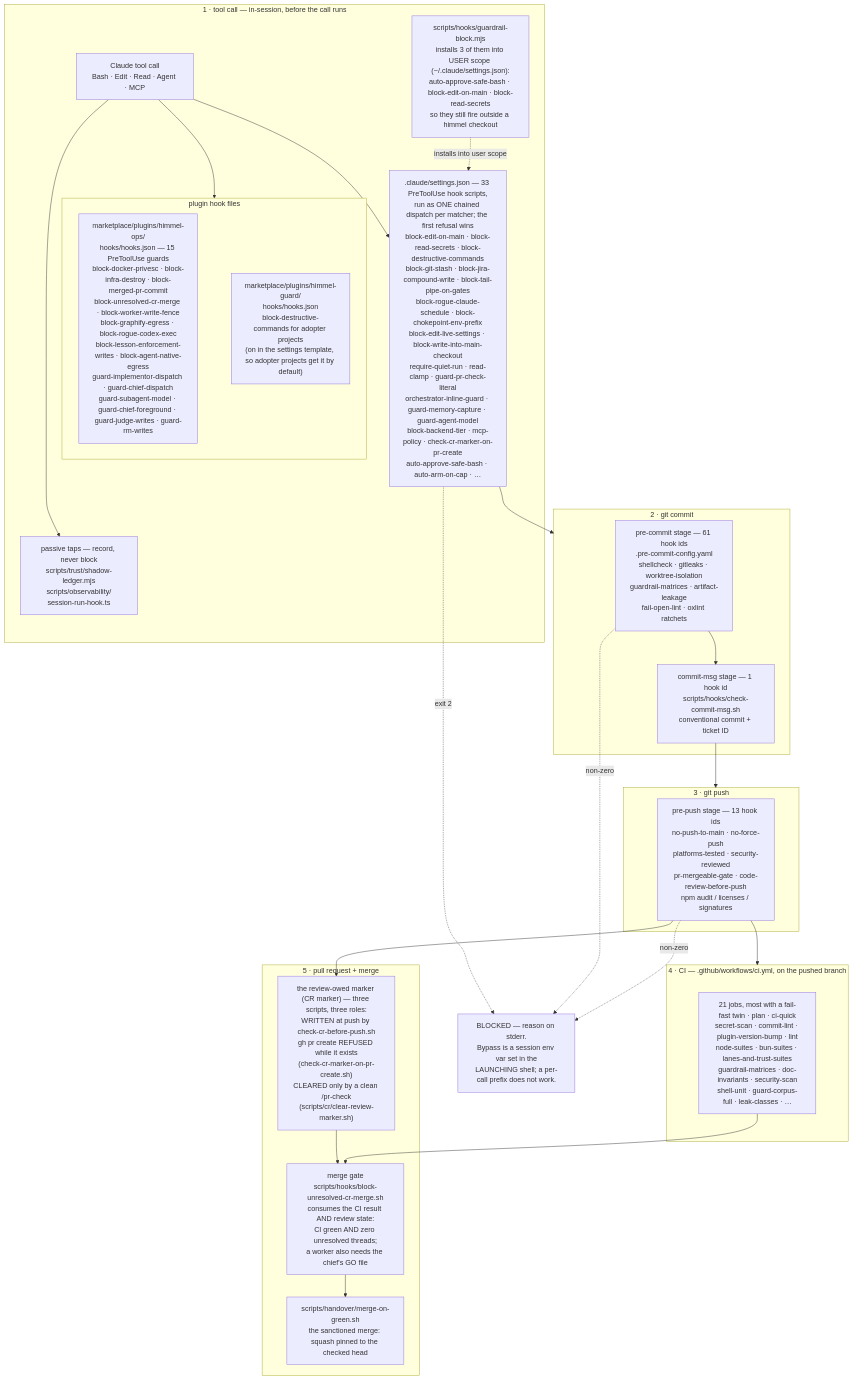
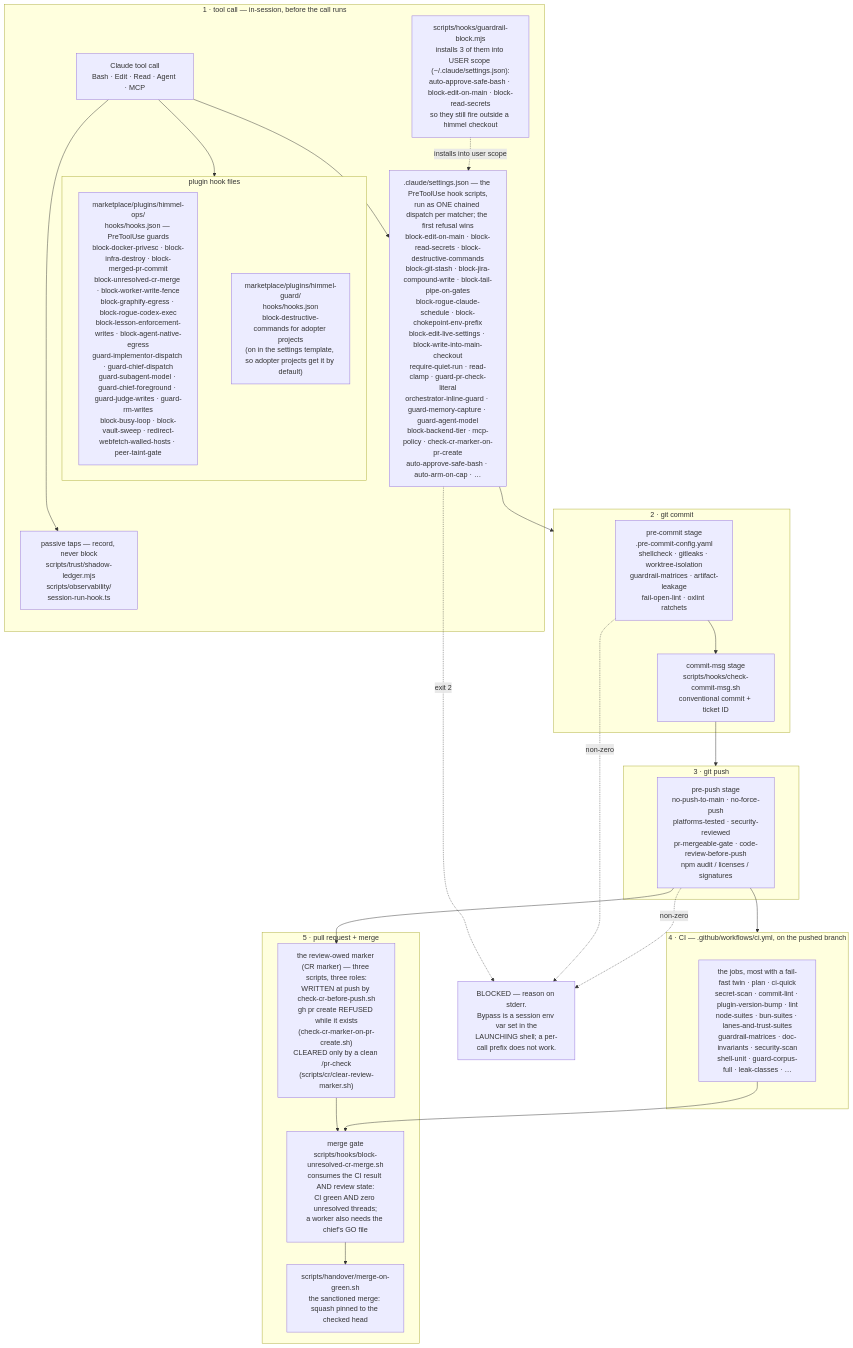
The first of 5 diagrams in docs/architecture.md (yotamleo-org/Himmel), drawn with Mermaid before and after one commit. The commit also changed other lines of this file and 33 other files, not shown here.

````diff
--- a/docs/architecture.md
+++ b/docs/architecture.md
@@ -46,51 +46,51 @@
 ```mermaid
 flowchart TD
     subgraph S1["1 · tool call — in-session, before the call runs"]
         TC["Claude tool call<br/>Bash · Edit · Read · Agent · MCP"]
-        H1[".claude/settings.json — 33 PreToolUse hook scripts,<br/>run as ONE chained dispatch per matcher; the first refusal wins<br/>block-edit-on-main · block-read-secrets · block-destructive-commands<br/>block-git-stash · block-jira-compound-write · block-tail-pipe-on-gates<br/>block-rogue-claude-schedule · block-chokepoint-env-prefix<br/>block-edit-live-settings · block-write-into-main-checkout<br/>require-quiet-run · read-clamp · guard-pr-check-literal<br/>orchestrator-inline-guard · guard-memory-capture · guard-agent-model<br/>block-backend-tier · mcp-policy · check-cr-marker-on-pr-create<br/>auto-approve-safe-bash · auto-arm-on-cap · …"]
+        H1[".claude/settings.json — the PreToolUse hook scripts,<br/>run as ONE chained dispatch per matcher; the first refusal wins<br/>block-edit-on-main · block-read-secrets · block-destructive-commands<br/>block-git-stash · block-jira-compound-write · block-tail-pipe-on-gates<br/>block-rogue-claude-schedule · block-chokepoint-env-prefix<br/>block-edit-live-settings · block-write-into-main-checkout<br/>require-quiet-run · read-clamp · guard-pr-check-literal<br/>orchestrator-inline-guard · guard-memory-capture · guard-agent-model<br/>block-backend-tier · mcp-policy · check-cr-marker-on-pr-create<br/>auto-approve-safe-bash · auto-arm-on-cap · …"]
         subgraph PLUG["plugin hook files"]
-            H2["marketplace/plugins/himmel-ops/<br/>hooks/hooks.json — 15 PreToolUse guards<br/>block-docker-privesc · block-infra-destroy · block-merged-pr-commit<br/>block-unresolved-cr-merge · block-worker-write-fence<br/>block-graphify-egress · block-rogue-codex-exec<br/>block-lesson-enforcement-writes · block-agent-native-egress<br/>guard-implementor-dispatch · guard-chief-dispatch<br/>guard-subagent-model · guard-chief-foreground · guard-judge-writes · guard-rm-writes"]
+            H2["marketplace/plugins/himmel-ops/<br/>hooks/hooks.json — PreToolUse guards<br/>block-docker-privesc · block-infra-destroy · block-merged-pr-commit<br/>block-unresolved-cr-merge · block-worker-write-fence<br/>block-graphify-egress · block-rogue-codex-exec<br/>block-lesson-enforcement-writes · block-agent-native-egress<br/>guard-implementor-dispatch · guard-chief-dispatch<br/>guard-subagent-model · guard-chief-foreground · guard-judge-writes · guard-rm-writes<br/>block-busy-loop · block-vault-sweep · redirect-webfetch-walled-hosts · peer-taint-gate"]
             HG["marketplace/plugins/himmel-guard/<br/>hooks/hooks.json<br/>block-destructive-commands for adopter projects<br/>(on in the settings template, so adopter projects get it by default)"]
             H2 ~~~ HG
         end
         H3["scripts/hooks/guardrail-block.mjs<br/>installs 3 of them into USER scope (~/.claude/settings.json):<br/>auto-approve-safe-bash · block-edit-on-main · block-read-secrets<br/>so they still fire outside a himmel checkout"]
         H4["passive taps — record, never block<br/>scripts/trust/shadow-ledger.mjs<br/>scripts/observability/<br/>session-run-hook.ts"]
         TC --> H1
         TC --> PLUG
         TC --> H4
         PLUG ~~~ H4
         H3 -.->|"installs into user scope"| H1
     end
 
     subgraph S2["2 · git commit"]
-        PC["pre-commit stage — 61 hook ids<br/>.pre-commit-config.yaml<br/>shellcheck · gitleaks · worktree-isolation<br/>guardrail-matrices · artifact-leakage<br/>fail-open-lint · oxlint ratchets"]
-        CM["commit-msg stage — 1 hook id<br/>scripts/hooks/check-commit-msg.sh<br/>conventional commit + ticket ID"]
+        PC["pre-commit stage<br/>.pre-commit-config.yaml<br/>shellcheck · gitleaks · worktree-isolation<br/>guardrail-matrices · artifact-leakage<br/>fail-open-lint · oxlint ratchets"]
+        CM["commit-msg stage<br/>scripts/hooks/check-commit-msg.sh<br/>conventional commit + ticket ID"]
         PC --> CM
     end
 
     subgraph S3["3 · git push"]
-        PP["pre-push stage — 13 hook ids<br/>no-push-to-main · no-force-push<br/>platforms-tested · security-reviewed<br/>pr-mergeable-gate · code-review-before-push<br/>npm audit / licenses / signatures"]
+        PP["pre-push stage<br/>no-push-to-main · no-force-push<br/>platforms-tested · security-reviewed<br/>pr-mergeable-gate · code-review-before-push<br/>npm audit / licenses / signatures"]
     end
 
     subgraph S4["4 · CI — .github/workflows/ci.yml, on the pushed branch"]
-        CI["21 jobs, most with a fail-fast twin · plan · ci-quick<br/>secret-scan · commit-lint · plugin-version-bump · lint<br/>node-suites · bun-suites · lanes-and-trust-suites<br/>guardrail-matrices · doc-invariants · security-scan<br/>shell-unit · guard-corpus-full · leak-classes · …"]
+        CI["the jobs, most with a fail-fast twin · plan · ci-quick<br/>secret-scan · commit-lint · plugin-version-bump · lint<br/>node-suites · bun-suites · lanes-and-trust-suites<br/>guardrail-matrices · doc-invariants · security-scan<br/>shell-unit · guard-corpus-full · leak-classes · …"]
     end
 
     subgraph S5["5 · pull request + merge"]
         CR["the review-owed marker (CR marker) — three scripts, three roles:<br/>WRITTEN at push by check-cr-before-push.sh<br/>gh pr create REFUSED while it exists<br/>(check-cr-marker-on-pr-create.sh)<br/>CLEARED only by a clean /pr-check<br/>(scripts/cr/clear-review-marker.sh)"]
         MG["merge gate<br/>scripts/hooks/block-unresolved-cr-merge.sh<br/>consumes the CI result AND review state:<br/>CI green AND zero unresolved threads;<br/>a worker also needs the chief's GO file"]
         MOG["scripts/handover/merge-on-green.sh<br/>the sanctioned merge: squash pinned to the checked head"]
         CR --> MG
         MG --> MOG
     end
 
     H1 --> S2
     CM --> S3
     PP --> S4
     PP --> CR
     CI --> MG
 
     H1 -.->|"exit 2"| BLOCK["BLOCKED — reason on stderr.<br/>Bypass is a session env var set in the<br/>LAUNCHING shell; a per-call prefix does not work."]
     PC -.->|"non-zero"| BLOCK
     PP -.->|"non-zero"| BLOCK
 ```
````
